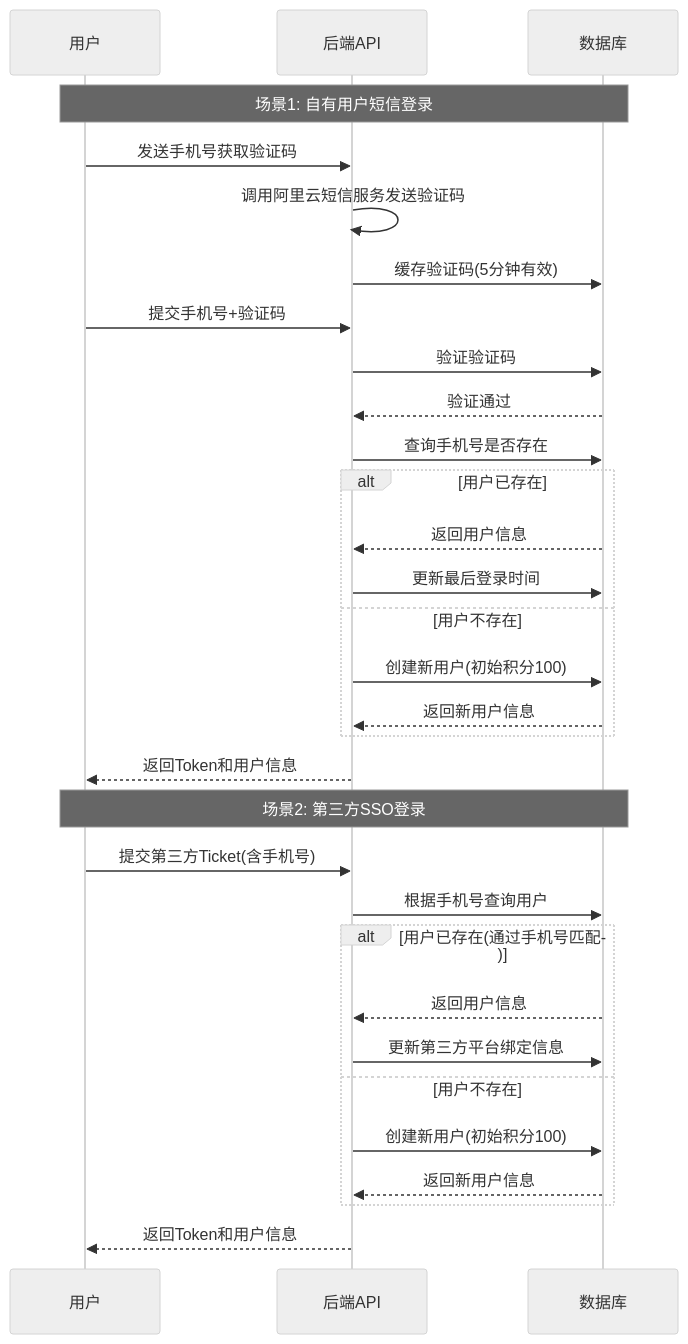
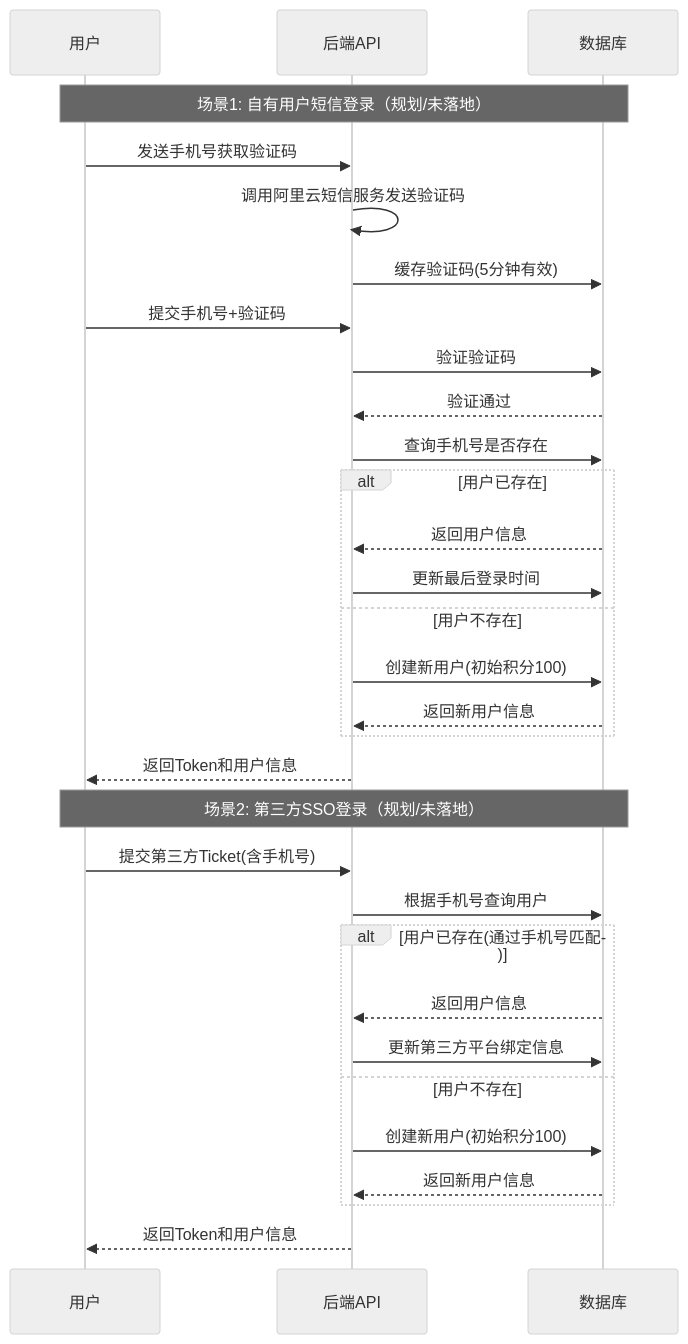
One commit to zhangx1234994/POD_AI changed the first of 4 diagrams in docs/BUSINESS_MODEL.md. Above: the diagram before and after it, drawn with Mermaid (neutral theme). The commit also changed other lines of this file and 37 other files, not shown here.

````diff
--- a/docs/BUSINESS_MODEL.md
+++ b/docs/BUSINESS_MODEL.md
@@ -92,39 +94,39 @@
 ```mermaid
 sequenceDiagram
     participant U as 用户
     participant API as 后端API
     participant DB as 数据库
 
-    Note over U,DB: 场景1: 自有用户短信登录
+    Note over U,DB: 场景1: 自有用户短信登录（规划/未落地）
     U->>API: 发送手机号获取验证码
     API->>API: 调用阿里云短信服务发送验证码
     API->>DB: 缓存验证码(5分钟有效)
 
     U->>API: 提交手机号+验证码
     API->>DB: 验证验证码
     DB-->>API: 验证通过
 
     API->>DB: 查询手机号是否存在
     alt 用户已存在
         DB-->>API: 返回用户信息
         API->>DB: 更新最后登录时间
     else 用户不存在
         API->>DB: 创建新用户(初始积分100)
         DB-->>API: 返回新用户信息
     end
 
     API-->>U: 返回Token和用户信息
 
-    Note over U,DB: 场景2: 第三方SSO登录
+    Note over U,DB: 场景2: 第三方SSO登录（规划/未落地）
     U->>API: 提交第三方Ticket(含手机号)
     API->>DB: 根据手机号查询用户
     alt 用户已存在(通过手机号匹配)
         DB-->>API: 返回用户信息
         API->>DB: 更新第三方平台绑定信息
     else 用户不存在
         API->>DB: 创建新用户(初始积分100)
         DB-->>API: 返回新用户信息
     end
 
     API-->>U: 返回Token和用户信息
 ```
````
